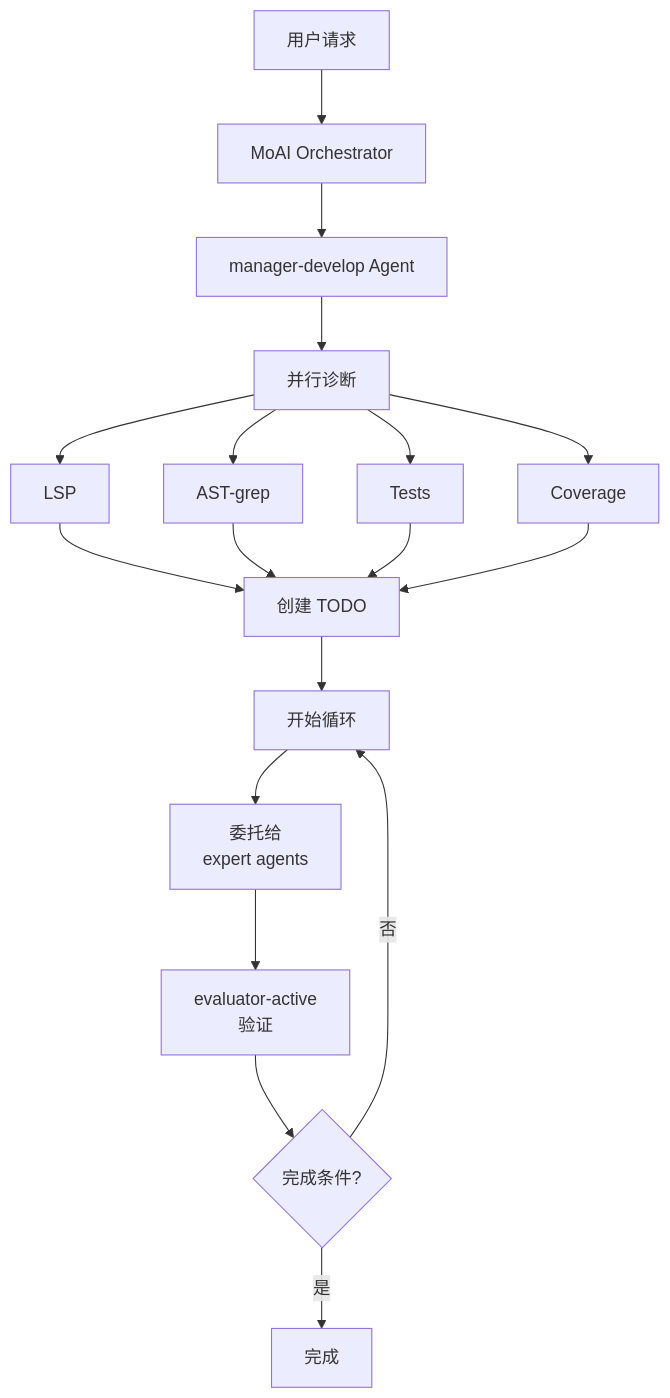
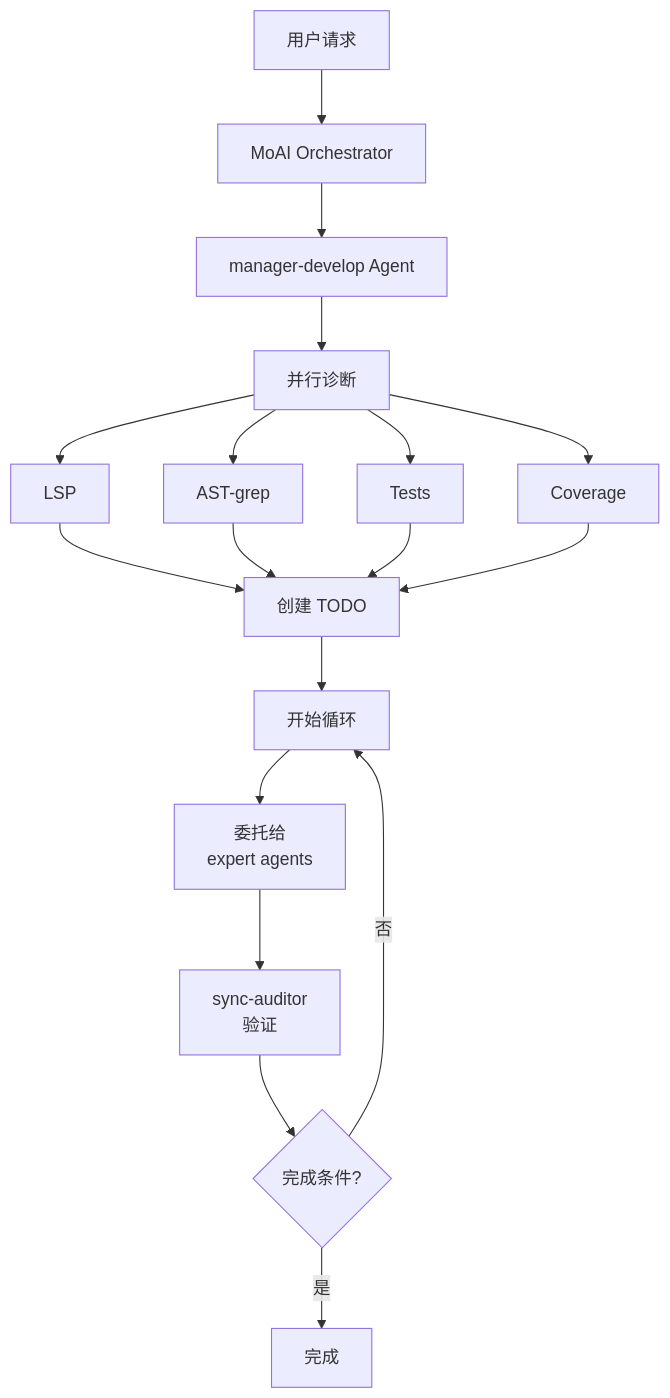
The fourth of 4 diagrams in docs-site/content/zh/utility-commands/moai-loop.md (modu-ai/moai-adk), drawn with Mermaid before and after one commit. The commit also changed other lines of this file and 149 other files, not shown here.

First line of the commit message:
chore(agents): evaluator-active를 sync-auditor로 rename (plan-auditor phase 대칭)

````diff
--- a/docs-site/content/zh/utility-commands/moai-loop.md
+++ b/docs-site/content/zh/utility-commands/moai-loop.md
@@ -199,25 +199,25 @@
 ```mermaid
 flowchart TD
     User["用户请求"] --> Orchestrator["MoAI Orchestrator"]
     Orchestrator --> ManagerDDD["manager-develop Agent"]
 
     ManagerDDD --> Diagnose["并行诊断"]
     Diagnose --> LSP["LSP"]
     Diagnose --> AST["AST-grep"]
     Diagnose --> Test["Tests"]
     Diagnose --> Cov["Coverage"]
 
     LSP --> Todo["创建 TODO"]
     AST --> Todo
     Test --> Todo
     Cov --> Todo
 
     Todo --> Loop["开始循环"]
 
     Loop --> Fix["委托给<br/>expert agents"]
-    Fix --> Verify["evaluator-active<br/>验证"]
+    Fix --> Verify["sync-auditor<br/>验证"]
 
     Verify --> Complete{"完成条件?"}
     Complete -->|否| Loop
     Complete -->|是| Done["完成"]
 ```
````
